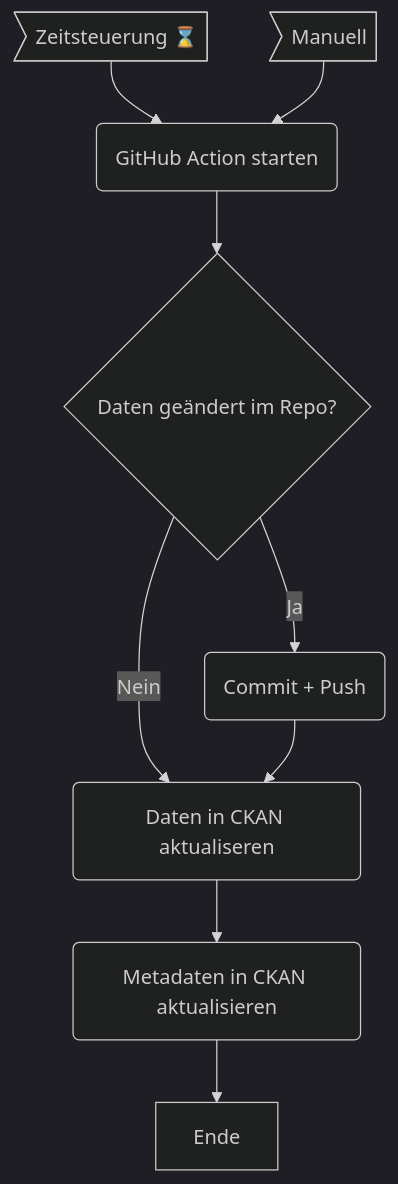
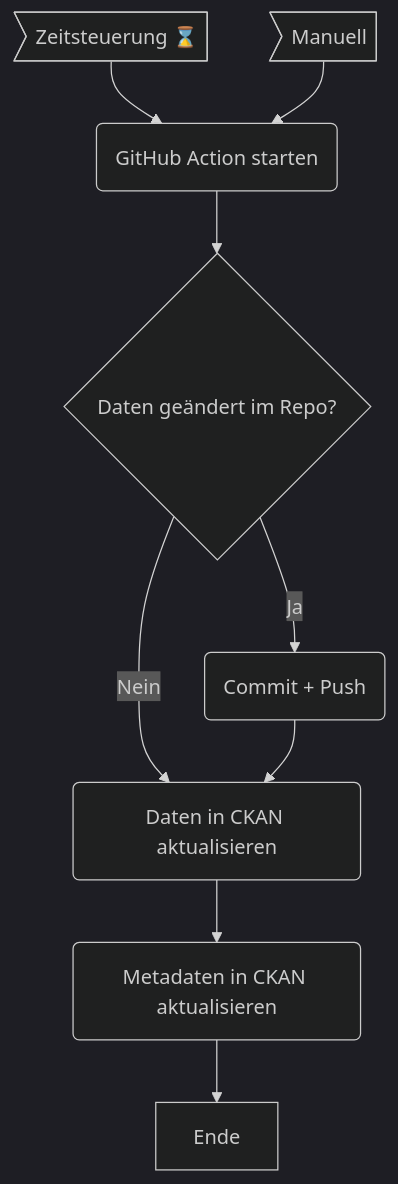
One commit to opendatazurich/opendatazurich.github.io changed the diagram in automation/README.md. Above: the diagram before and after it, drawn with Mermaid (dark theme). The commit also changed other lines of this file, not shown here.

````diff
--- a/automation/README.md
+++ b/automation/README.md
@@ -45,14 +58,14 @@
 ```mermaid
 flowchart TD
     Zeit>"Zeitsteuerung ⌛️"]
     Manuell>"Manuell"]
     Start(GitHub Action starten)
     Zeit --> Start
     Manuell --> Start
     Start --> Repo{Daten geändert im Repo?}
     Repo -->|Ja| Commit(Commit + Push)
-    Repo -->|Nein| DataUpdate(Daten in CKAN aktualiseren)
+    Repo -->|Nein| DataUpdate(Daten in CKAN aktualisieren)
     Commit --> DataUpdate
     DataUpdate --> MetadataUpdate(Metadaten in CKAN aktualisieren)
     MetadataUpdate --> Ende
 ```
````
